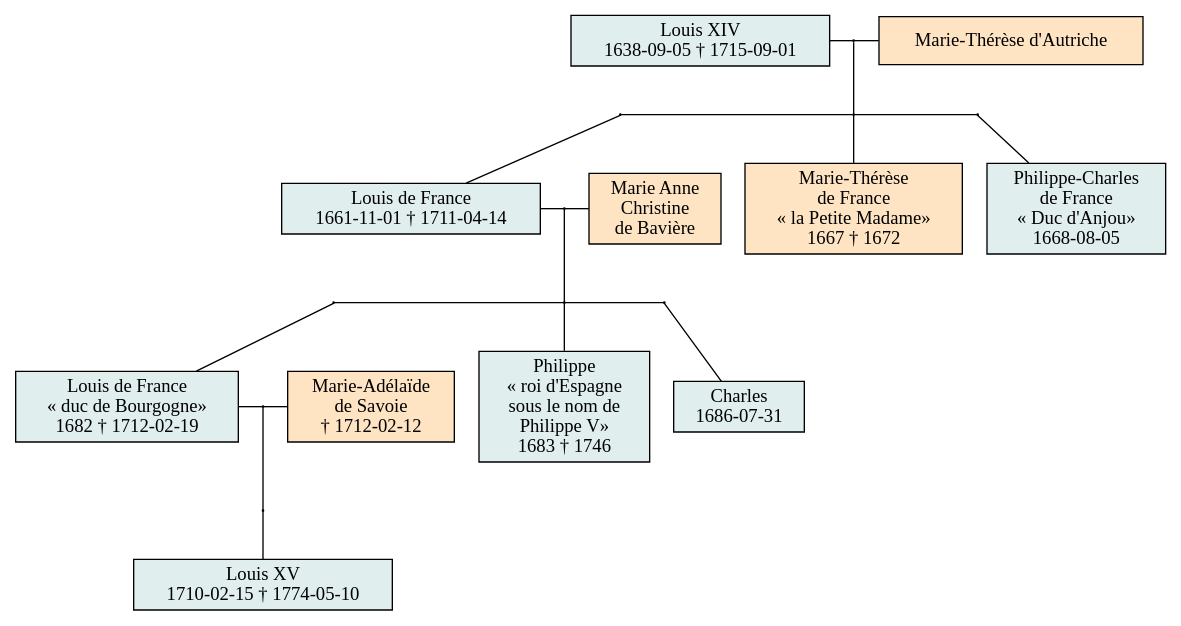
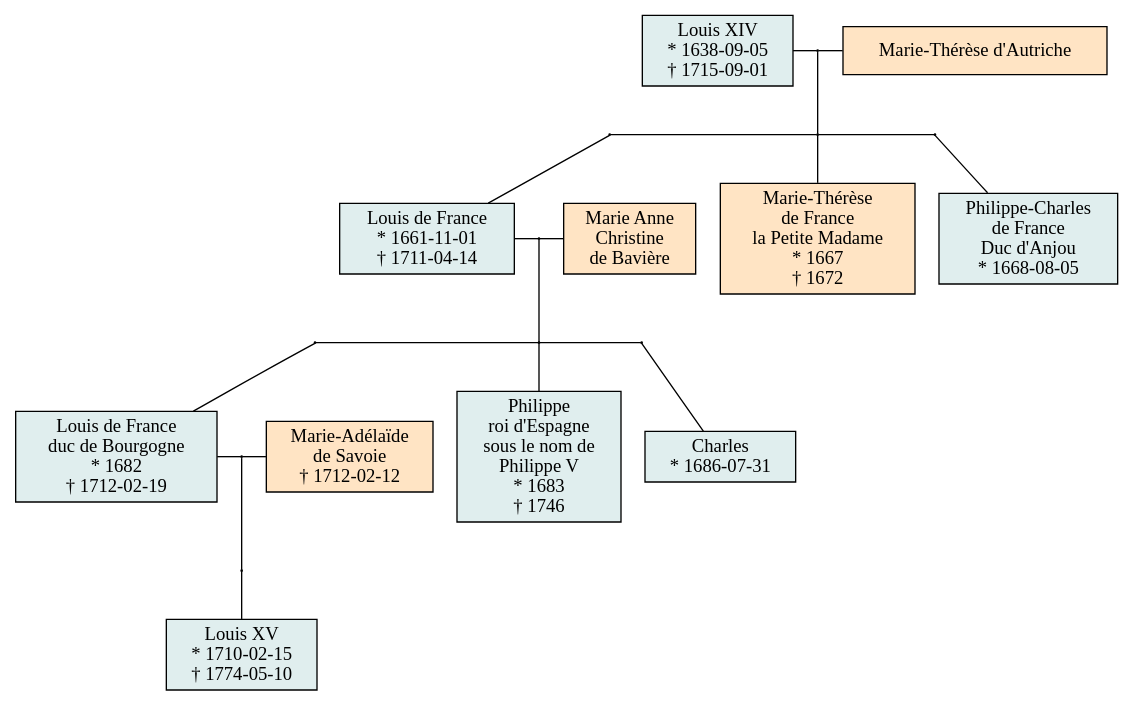
Before and after one commit to FerdinandoR/familytreemaker: the diagram in LouisXIVfamily_a.dot, drawn with Graphviz. The commit also changed 5 other files, not shown here.

```diff
--- a/LouisXIVfamily_a.dot
+++ b/LouisXIVfamily_a.dot
@@ -1,54 +1,54 @@
 digraph {
 	node [shape=box];
 	edge [dir=none];
 
-	LouisXIV[label="Louis XIV\n1638-09-05 † 1715-09-01",style=filled,fillcolor=azure2];
+	LouisXIV[label="Louis XIV\n * 1638-09-05\n † 1715-09-01",style=filled,fillcolor=azure2];
 	MarieThrsedAutriche[label="Marie-Thérèse d'Autriche",style=filled,fillcolor=bisque];
-	Louis1661[label="Louis de France\n1661-11-01 † 1711-04-14",style=filled,fillcolor=azure2];
-	MarieThrsendeFrance[label="Marie-Thérèse\nde France\n« la Petite Madame»\n1667 † 1672",style=filled,fillcolor=bisque];
-	PhilippeCharlesndeFrance[label="Philippe-Charles\nde France\n« Duc d'Anjou»\n1668-08-05",style=filled,fillcolor=azure2];
+	Louis1661[label="Louis de France\n * 1661-11-01\n † 1711-04-14",style=filled,fillcolor=azure2];
+	MarieThrsendeFrance[label="Marie-Thérèse\nde France\n la Petite Madame\n * 1667\n † 1672",style=filled,fillcolor=bisque];
+	PhilippeCharlesndeFrance[label="Philippe-Charles\nde France\n Duc d'Anjou\n * 1668-08-05",style=filled,fillcolor=azure2];
 	MarieAnnenChristinendeBavire[label="Marie Anne\nChristine\nde Bavière",style=filled,fillcolor=bisque];
-	Louis1682[label="Louis de France\n« duc de Bourgogne»\n1682 † 1712-02-19",style=filled,fillcolor=azure2];
-	Philippe[label="Philippe\n« roi d'Espagne\nsous le nom de\nPhilippe V»\n1683 † 1746",style=filled,fillcolor=azure2];
-	Charles[label="Charles\n1686-07-31",style=filled,fillcolor=azure2];
-	MarieAdladendeSavoie[label="Marie-Adélaïde\nde Savoie\n† 1712-02-12",style=filled,fillcolor=bisque];
-	LouisXV[label="Louis XV\n1710-02-15 † 1774-05-10",style=filled,fillcolor=azure2];
+	Louis1682[label="Louis de France\n duc de Bourgogne\n * 1682\n † 1712-02-19",style=filled,fillcolor=azure2];
+	Philippe[label="Philippe\n roi d'Espagne\nsous le nom de\nPhilippe V\n * 1683\n † 1746",style=filled,fillcolor=azure2];
+	Charles[label="Charles\n * 1686-07-31",style=filled,fillcolor=azure2];
+	MarieAdladendeSavoie[label="Marie-Adélaïde\nde Savoie\n † 1712-02-12",style=filled,fillcolor=bisque];
+	LouisXV[label="Louis XV\n * 1710-02-15\n † 1774-05-10",style=filled,fillcolor=azure2];
 	node[shape=circle,label="",height=0.01,width=0.01]
 
 	{ rank=same;
 		LouisXIV -> h0 -> MarieThrsedAutriche;
 	}
 	{ rank=same;
 		h0_0 -> h0_1 -> h0_2;
 	}
 		h0 -> h0_1;
 		h0_0 -> Louis1661;
 		h0_1 -> MarieThrsendeFrance;
 		h0_2 -> PhilippeCharlesndeFrance;
 	{ rank=same;
 		Louis1661 -> h1 -> MarieAnnenChristinendeBavire;
 		MarieAnnenChristinendeBavire -> MarieThrsendeFrance [style=invis];
 		MarieThrsendeFrance -> PhilippeCharlesndeFrance [style=invis];
 	}
 	{ rank=same;
 		h1_0 -> h1_1 -> h1_2;
 	}
 		h1 -> h1_1;
 		h1_0 -> Louis1682;
 		h1_1 -> Philippe;
 		h1_2 -> Charles;
 	{ rank=same;
 		Louis1682 -> h2 -> MarieAdladendeSavoie;
 		MarieAdladendeSavoie -> Philippe [style=invis];
 		Philippe -> Charles [style=invis];
 	}
 	{ rank=same;
 		h2_0;
 	}
 		h2 -> h2_0;
 		h2_0 -> LouisXV;
 	{ rank=same;
 	}
 	{ rank=same;
 	}
 }
```
